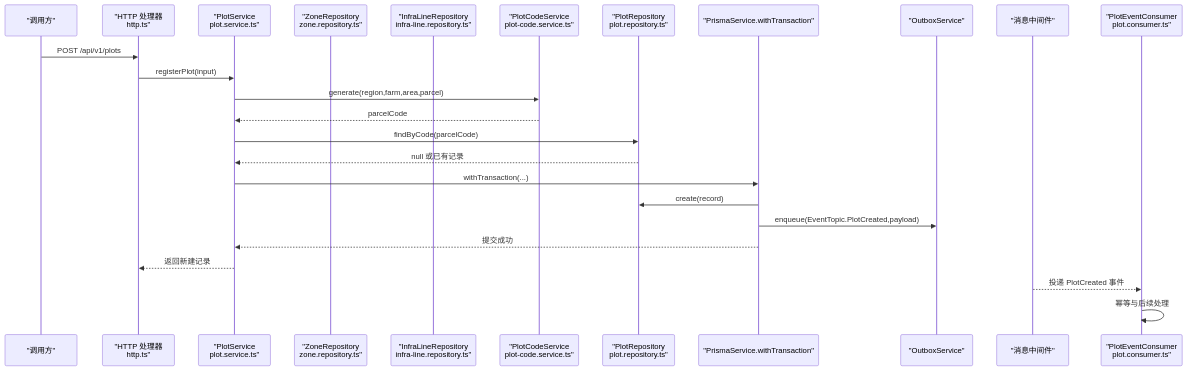
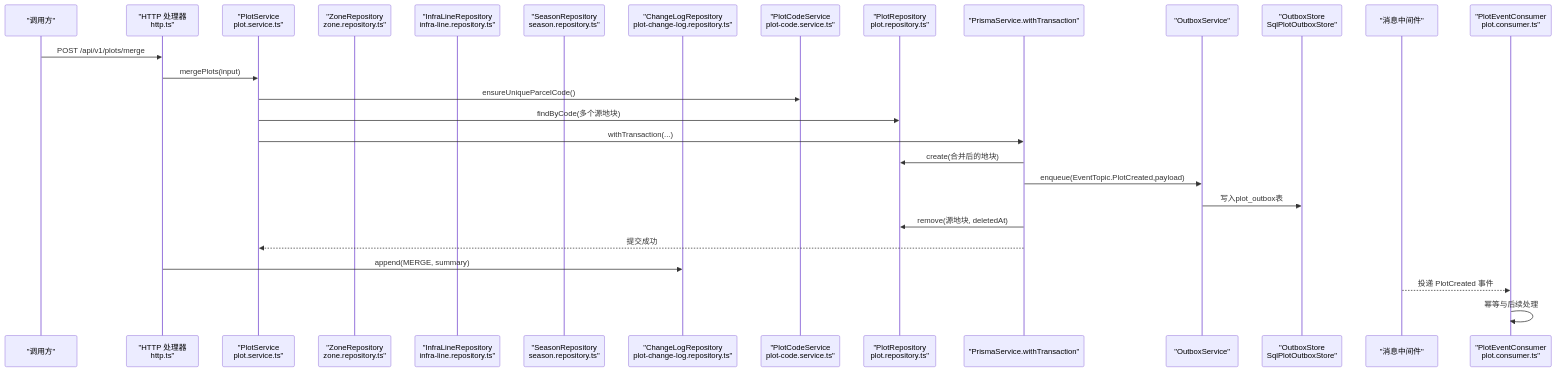
The second of 14 diagrams in .qoder/repowiki/zh/content/核心服务文档/地块管理服务.md (q446328246/agri-platform), drawn with Mermaid before and after one commit. The commit also changed other lines of this file and 52 other files, not shown here.

````diff
--- a/.qoder/repowiki/zh/content/核心服务文档/地块管理服务.md
+++ b/.qoder/repowiki/zh/content/核心服务文档/地块管理服务.md
@@ -149,27 +190,30 @@
 ```mermaid
 sequenceDiagram
 participant Client as "调用方"
 participant HTTP as "HTTP 处理器<br/>http.ts"
 participant Service as "PlotService<br/>plot.service.ts"
 participant ZoneRepo as "ZoneRepository<br/>zone.repository.ts"
 participant InfraRepo as "InfraLineRepository<br/>infra-line.repository.ts"
+participant SeasonRepo as "SeasonRepository<br/>season.repository.ts"
+participant ChangeLogRepo as "ChangeLogRepository<br/>plot-change-log.repository.ts"
 participant Code as "PlotCodeService<br/>plot-code.service.ts"
 participant Repo as "PlotRepository<br/>plot.repository.ts"
 participant Tx as "PrismaService.withTransaction"
 participant Outbox as "OutboxService"
+participant OutboxStore as "OutboxStore<br/>SqlPlotOutboxStore"
 participant Broker as "消息中间件"
 participant Consumer as "PlotEventConsumer<br/>plot.consumer.ts"
-Client->>HTTP : POST /api/v1/plots
-HTTP->>Service : registerPlot(input)
-Service->>Code : generate(region,farm,area,parcel)
-Code-->>Service : parcelCode
-Service->>Repo : findByCode(parcelCode)
-Repo-->>Service : null 或已有记录
+Client->>HTTP : POST /api/v1/plots/merge
+HTTP->>Service : mergePlots(input)
+Service->>Code : ensureUniqueParcelCode()
+Service->>Repo : findByCode(多个源地块)
 Service->>Tx : withTransaction(...)
-Tx->>Repo : create(record)
+Tx->>Repo : create(合并后的地块)
 Tx->>Outbox : enqueue(EventTopic.PlotCreated,payload)
+Outbox->>OutboxStore : 写入plot_outbox表
+Tx->>Repo : remove(源地块, deletedAt)
 Tx-->>Service : 提交成功
-Service-->>HTTP : 返回新建记录
+HTTP->>ChangeLogRepo : append(MERGE, summary)
 Broker-->>Consumer : 投递 PlotCreated 事件
 Consumer->>Consumer : 幂等与后续处理
 ```
````
